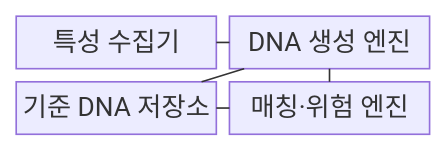
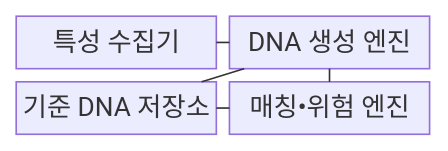
The first of 2 diagrams in src/content/docs/notes/02-hardware/071_device_dna.md (agnusdei1207/knowledge-base), drawn with Mermaid before and after one commit. The commit also changed other lines of this file and 953 other files, not shown here.

````diff
--- a/src/content/docs/notes/02-hardware/071_device_dna.md
+++ b/src/content/docs/notes/02-hardware/071_device_dna.md
@@ -68,12 +68,12 @@
 ```mermaid
 block
   columns 2
   A["특성 수집기"]
   B["DNA 생성 엔진"]
   C["기준 DNA 저장소"]
-  D["매칭·위험 엔진"]
+  D["매칭•위험 엔진"]
   A --- B
   B --- C
   B --- D
   C --- D
 ```
````
